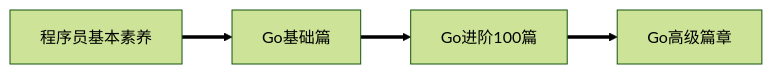
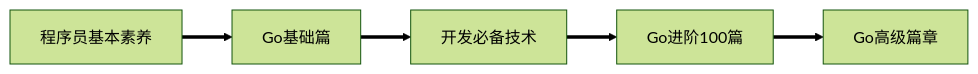
One commit to cubxxw/awesome-cs-cloudnative-blockchain changed the diagram in README.md. Above: the diagram before and after it, drawn with Mermaid (forest theme).

Commit message:
revise readme file

````diff
--- a/README.md
+++ b/README.md
@@ -67,4 +67,4 @@
 ```mermaid
 graph LR
-程序员基本素养 ==> Go基础篇 ==> Go进阶100篇 ==> Go高级篇章 
+程序员基本素养 ==> Go基础篇 ==>开发必备技术 ==> Go进阶100篇 ==> Go高级篇章 
 ```
````
